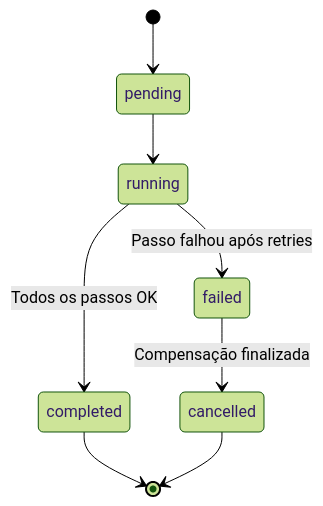
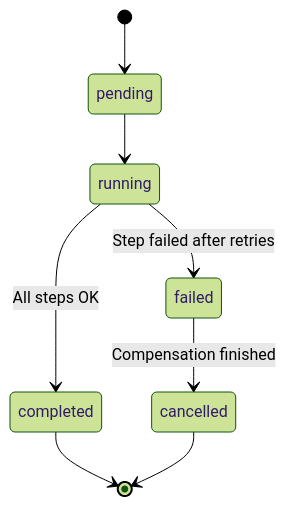
The second of 2 diagrams in README.md (e2cabral/orchestrix), drawn with Mermaid (forest theme) before and after one commit. The commit also changed other lines of this file and 9 other files, not shown here.

````diff
--- a/README.md
+++ b/README.md
@@ -155,10 +155,10 @@
 ```mermaid
 stateDiagram-v2
     [*] --> pending
     pending --> running
-    running --> completed: Todos os passos OK
-    running --> failed: Passo falhou após retries
-    failed --> cancelled: Compensação finalizada
+    running --> completed: All steps OK
+    running --> failed: Step failed after retries
+    failed --> cancelled: Compensation finished
     completed --> [*]
     cancelled --> [*]
 ```
````
